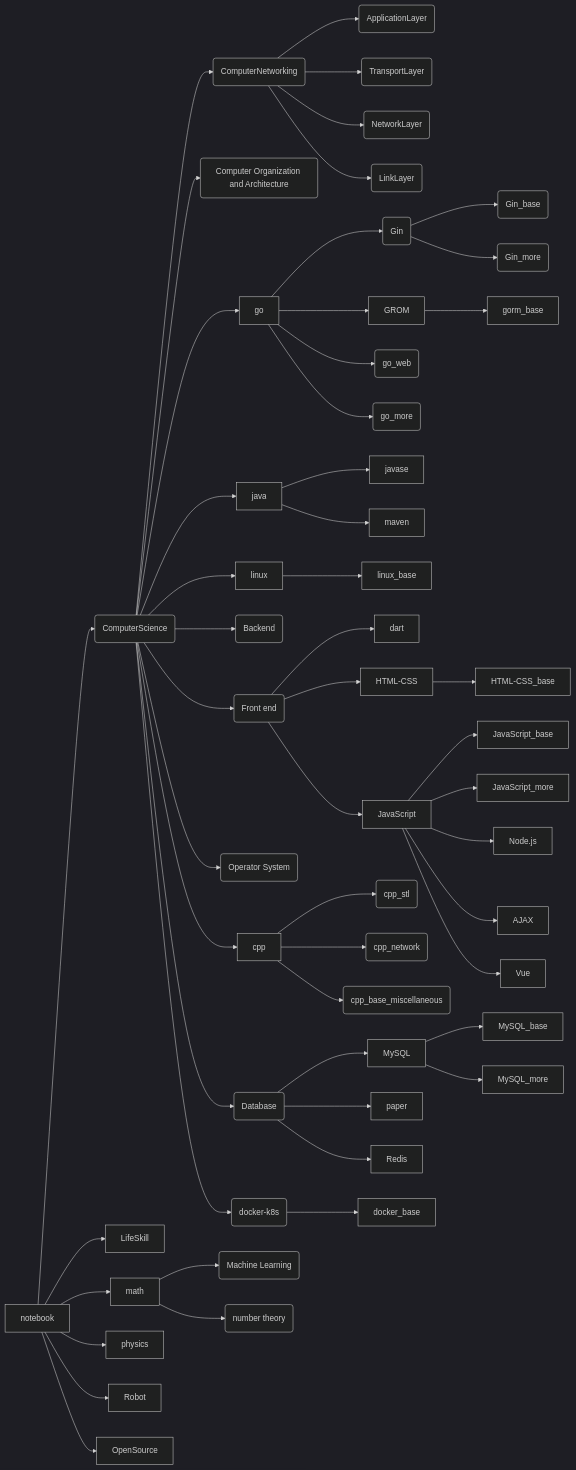
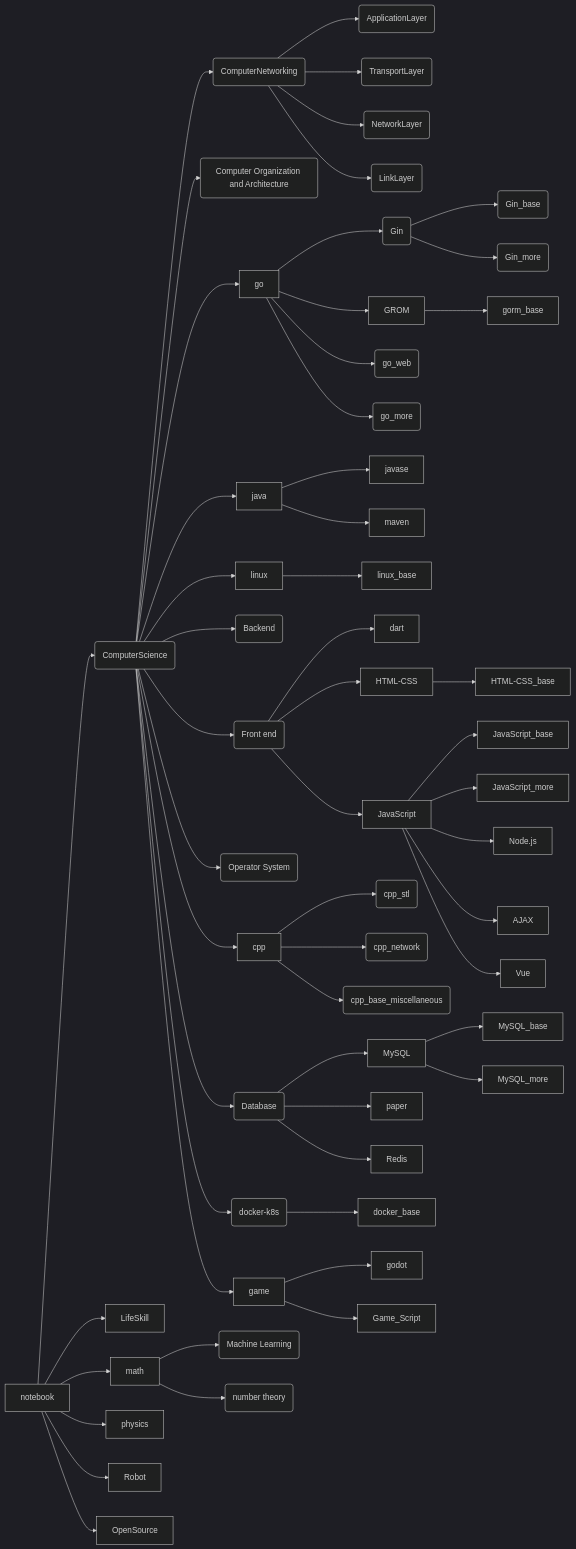
Before and after one commit to zhangxuwen/learningNotebook: the diagram in README.md, drawn with Mermaid (dark theme). The commit also changed 3 other files, not shown here.

```diff
--- a/README.md
+++ b/README.md
@@ -85,6 +85,11 @@
 DK --> docker_base
 
 
+CS --> game
+game --> godot
+game --> Game_Script
+
+
 
 math --> ML(Machine Learning)
 
```
